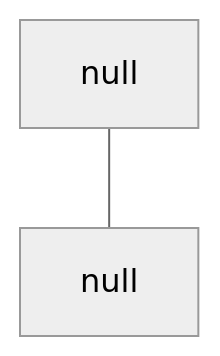
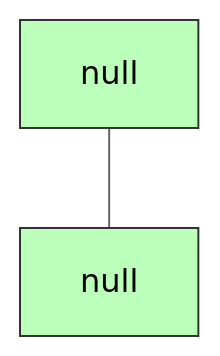
The first of 5 diagrams in src/modules/algorithm/seed/algorithms/binary-tree-compare/lessons/005_edge_cases_and_optimizations.md (ClaudiuBogdan/musclecode-backend-main-service), drawn with Mermaid (neutral theme) before and after one commit. The commit also changed other lines of this file and 90 other files, not shown here.

````diff
--- a/src/modules/algorithm/seed/algorithms/binary-tree-compare/lessons/005_edge_cases_and_optimizations.md
+++ b/src/modules/algorithm/seed/algorithms/binary-tree-compare/lessons/005_edge_cases_and_optimizations.md
@@ -13,4 +13,7 @@
 ```mermaid
 graph TD;
     A[null] --- B[null]
+    
+    style A fill:#bfb,stroke:#333,stroke-width:1px
+    style B fill:#bfb,stroke:#333,stroke-width:1px
 ```
````
